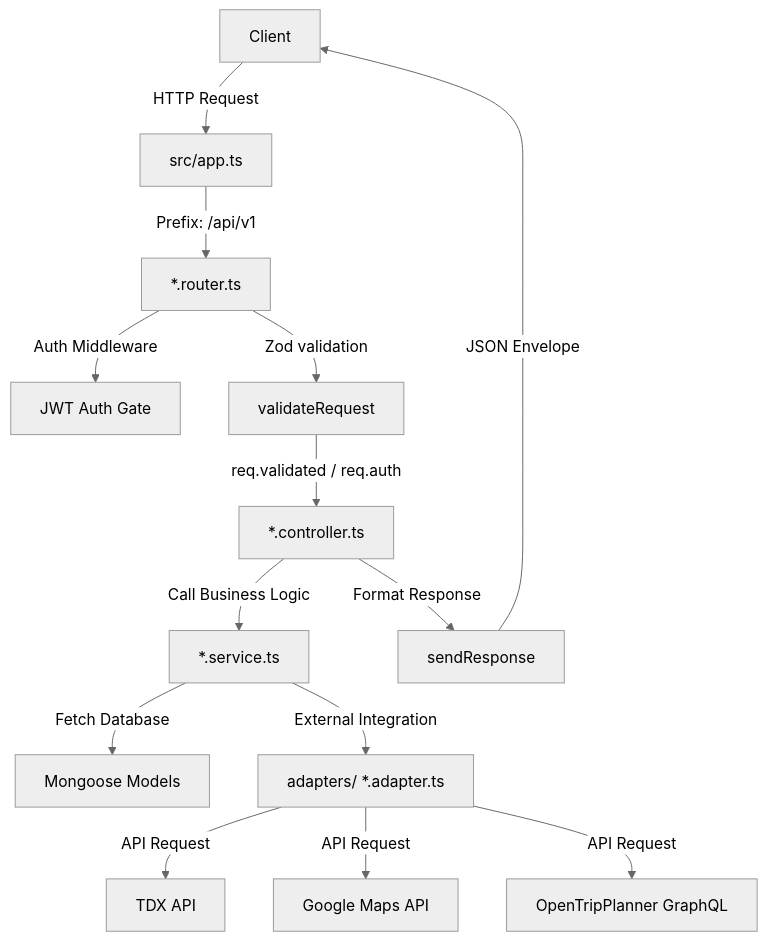
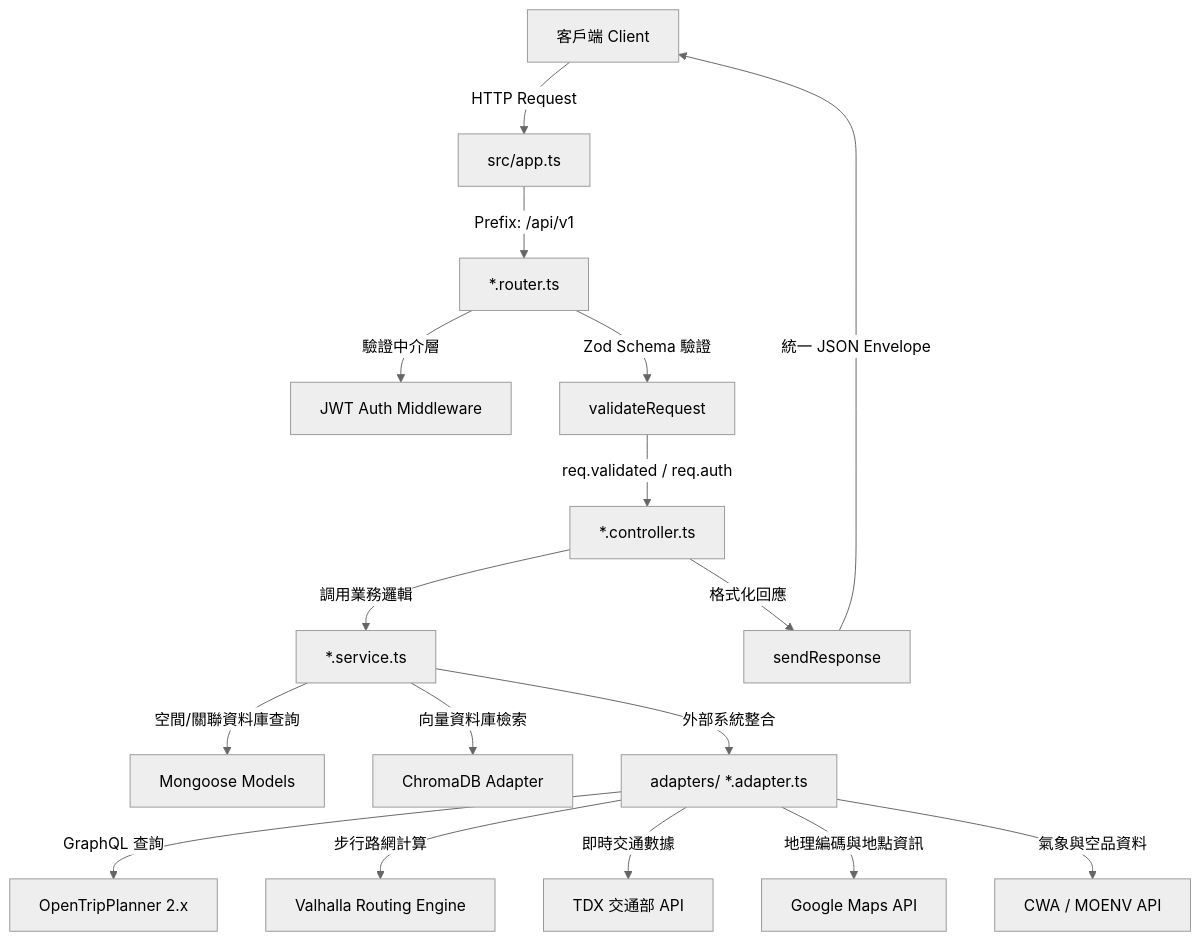
Before and after one commit to yuzen9622/accessible-smart-map-backend: the diagram in README.md, drawn with Mermaid (neutral theme). The commit also changed other lines of this file, not shown here.

````diff
--- a/README.md
+++ b/README.md
@@ -85,16 +103,19 @@
 ```mermaid
 graph TD
-  Client[Client] -->|HTTP Request| App[src/app.ts]
+  Client[客戶端 Client] -->|HTTP Request| App[src/app.ts]
   App -->|Prefix: /api/v1| Router[*.router.ts]
-  Router -->|Auth Middleware| Auth[JWT Auth Gate]
-  Router -->|Zod validation| Validate[validateRequest]
+  Router -->|驗證中介層| Auth[JWT Auth Middleware]
+  Router -->|Zod Schema 驗證| Validate[validateRequest]
   Validate -->|req.validated / req.auth| Controller[*.controller.ts]
-  Controller -->|Call Business Logic| Service[*.service.ts]
-  Service -->|Fetch Database| Model[Mongoose Models]
-  Service -->|External Integration| Adapter[adapters/ *.adapter.ts]
-  Adapter -->|API Request| TDX[TDX API]
-  Adapter -->|API Request| Google[Google Maps API]
-  Adapter -->|API Request| OTP[OpenTripPlanner GraphQL]
-  Controller -->|Format Response| SendResponse[sendResponse]
-  SendResponse -->|JSON Envelope| Client
+  Controller -->|調用業務邏輯| Service[*.service.ts]
+  Service -->|空間/關聯資料庫查詢| Model[Mongoose Models]
+  Service -->|向量資料庫檢索| Chroma[ChromaDB Adapter]
+  Service -->|外部系統整合| Adapter[adapters/ *.adapter.ts]
+  Adapter -->|GraphQL 查詢| OTP[OpenTripPlanner 2.x]
+  Adapter -->|步行路網計算| Valhalla[Valhalla Routing Engine]
+  Adapter -->|即時交通數據| TDX[TDX 交通部 API]
+  Adapter -->|地理編碼與地點資訊| Google[Google Maps API]
+  Adapter -->|氣象與空品資料| Sensors[CWA / MOENV API]
+  Controller -->|格式化回應| SendResponse[sendResponse]
+  SendResponse -->|統一 JSON Envelope| Client
 ```
````
